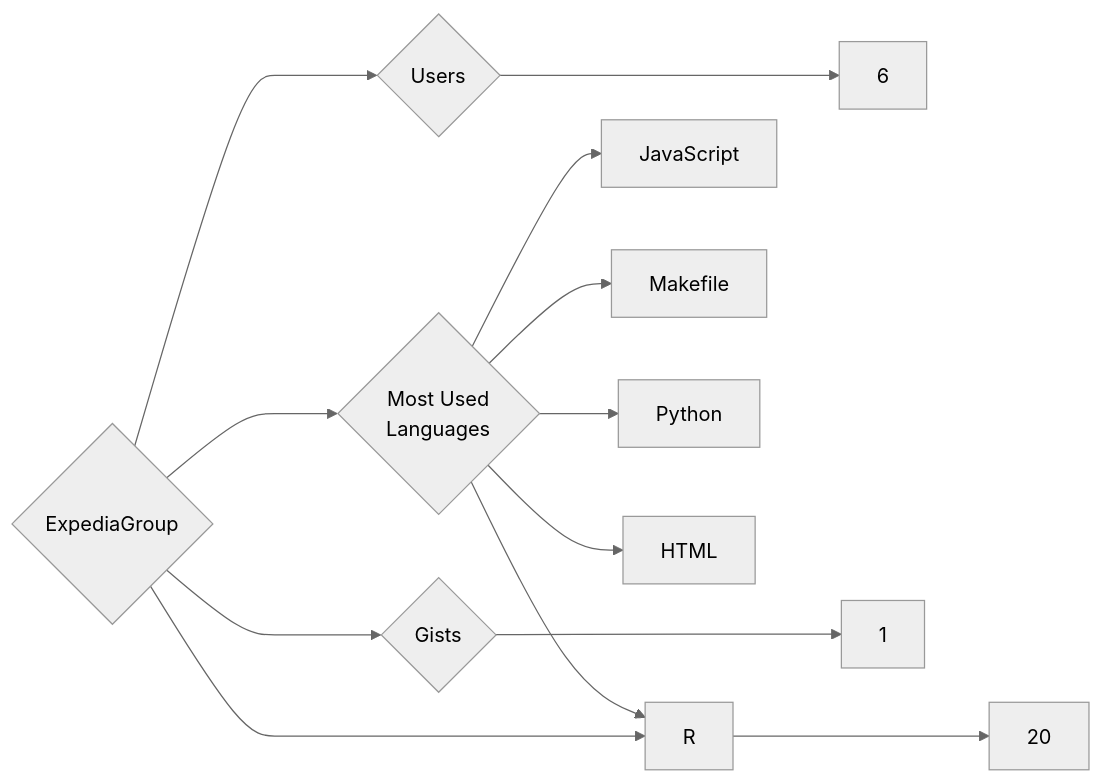
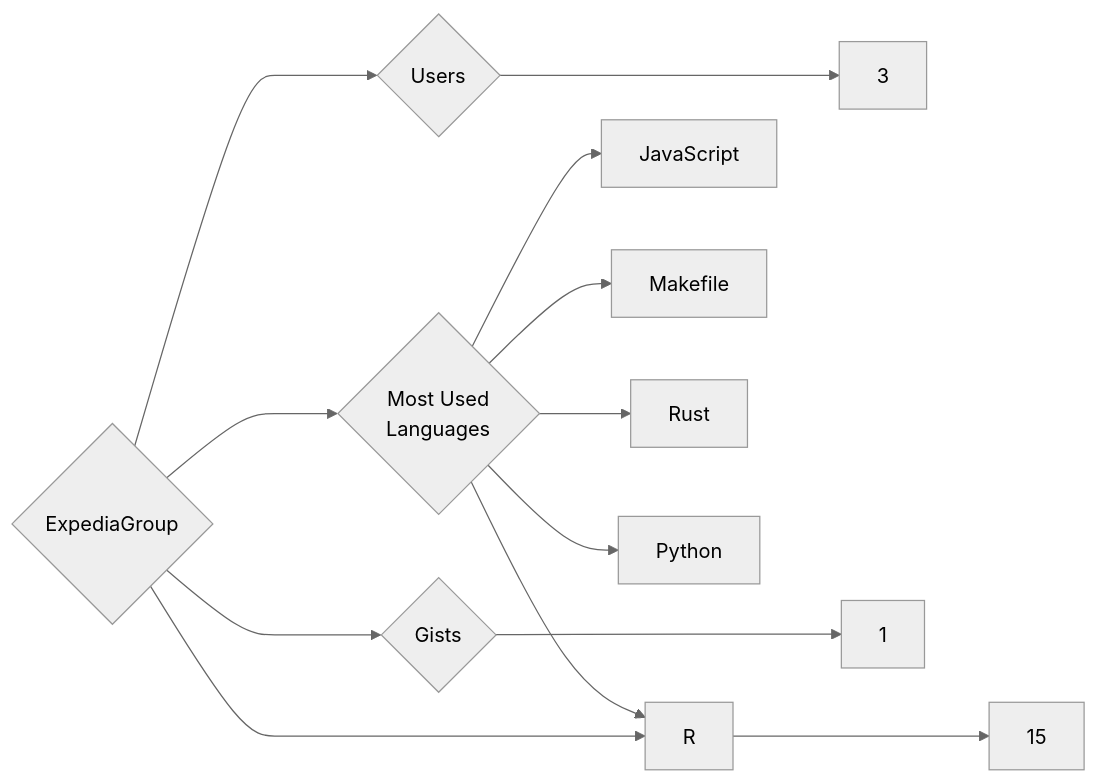
One commit to trickest/insiders changed the diagram in targets/ExpediaGroup/README.md. Above: the diagram before and after it, drawn with Mermaid (neutral theme). The commit also changed 993 other files, not shown here.

````diff
--- a/targets/ExpediaGroup/README.md
+++ b/targets/ExpediaGroup/README.md
@@ -3,13 +3,13 @@
 ```mermaid
 graph LR
 COMPANY_NAME{ExpediaGroup}
-COMPANY_NAME ---> U{Users} ---> UN[6]
-COMPANY_NAME ---> R{Repositories} ---> RN[20]
+COMPANY_NAME ---> U{Users} ---> UN[3]
+COMPANY_NAME ---> R{Repositories} ---> RN[15]
 COMPANY_NAME ---> G{Gists} ---> GN[1]
 COMPANY_NAME ---> ML{Most Used<br>Languages}
 ML --> JavaScript[JavaScript]
 ML --> Makefile[Makefile]
 ML --> R[R]
+ML --> Rust[Rust]
 ML --> Python[Python]
-ML --> HTML[HTML]
 ```
````
